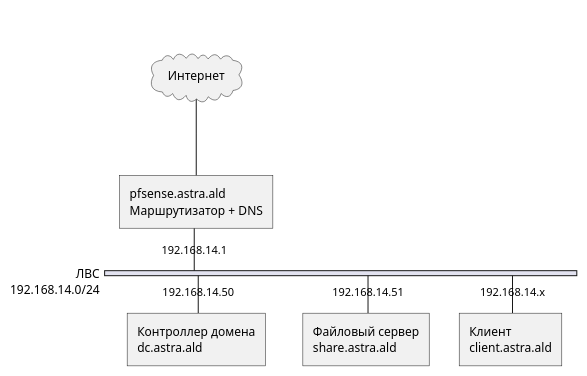
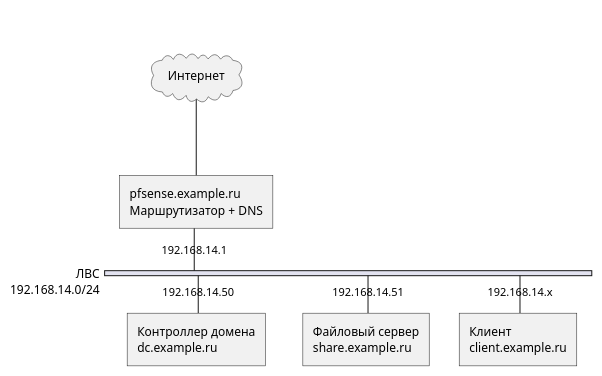
Before and after one commit to baksist/thesis-plantuml-diagrams: the diagram in network.puml, drawn with PlantUML. The commit also changed 2 other files, not shown here.

```diff
--- a/network.puml
+++ b/network.puml
@@ -1,14 +1,14 @@
-@startuml
+@startuml network
 nwdiag {
     internet [shape = cloud, description="Интернет"]
     internet -- pfsense
     network ЛВС {
-        pfsense [address = "192.168.14.1", description="pfsense.astra.ald\nМаршрутизатор + DNS"]
+        pfsense [address = "192.168.14.1", description="pfsense.example.ru\nМаршрутизатор + DNS"]
         address = "192.168.14.0/24"
 
-        dc [address = "192.168.14.50", description="Контроллер домена\ndc.astra.ald"]
-        server [address = "192.168.14.51", description="Файловый сервер\nshare.astra.ald"]
-        client [address = "192.168.14.x", description="Клиент\nclient.astra.ald"]
+        dc [address = "192.168.14.50", description="Контроллер домена\ndc.example.ru"]
+        server [address = "192.168.14.51", description="Файловый сервер\nshare.example.ru"]
+        client [address = "192.168.14.x", description="Клиент\nclient.example.ru"]
     }
 }
 @enduml
```
